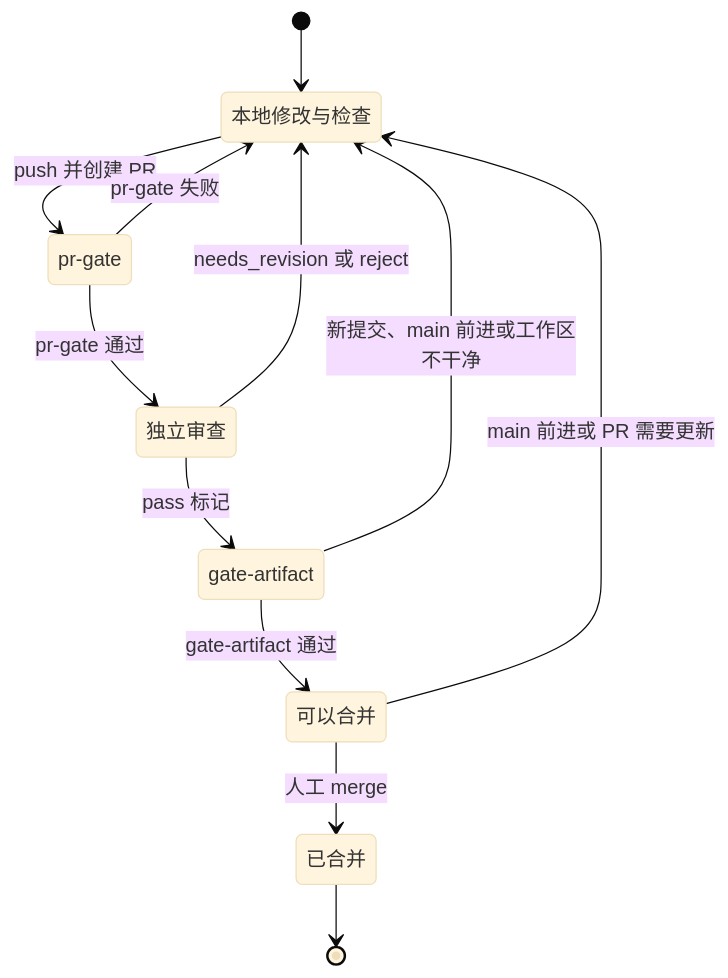
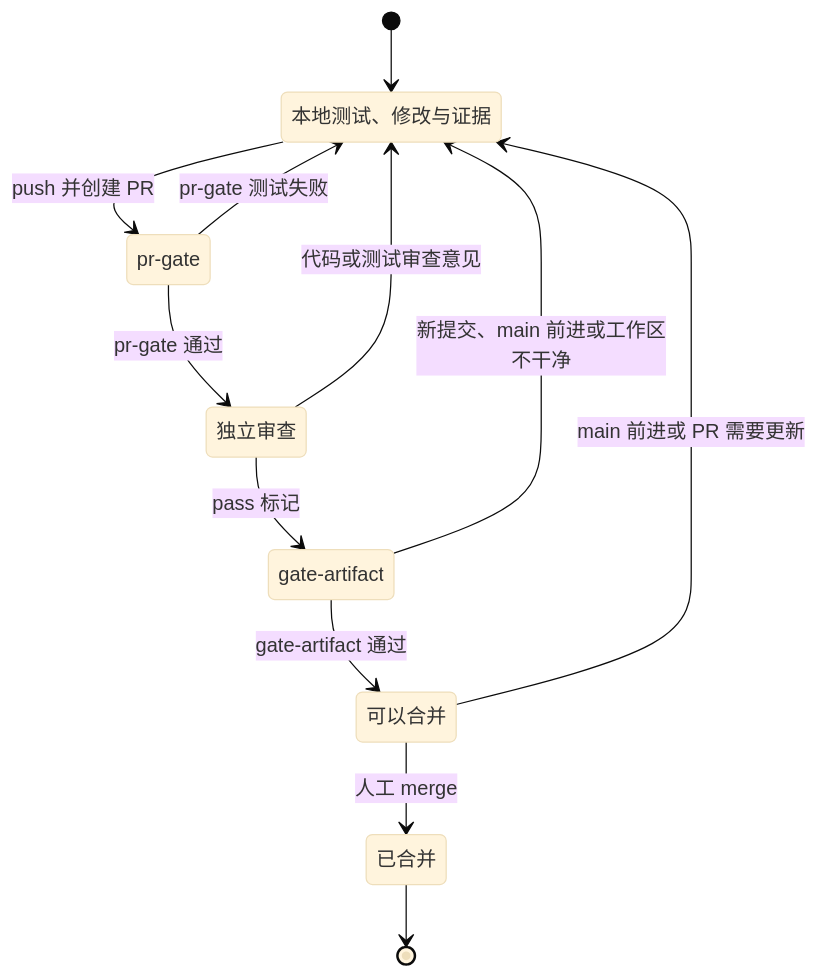
The fourth of 4 diagrams in docs/github-workflow.md (leigangzhang/dsh-cowork), drawn with Mermaid (base theme) before and after one commit. The commit also changed other lines of this file and 2 other files, not shown here.

````diff
--- a/docs/github-workflow.md
+++ b/docs/github-workflow.md
@@ -276,21 +395,21 @@
 ```mermaid
 stateDiagram-v2
-  state "本地修改与检查" as Local
+  state "本地测试、修改与证据" as Local
   state "pr-gate" as PRGate
   state "独立审查" as Review
   state "gate-artifact" as Gate
   state "可以合并" as Ready
   state "已合并" as Merged
 
   [*] --> Local
   Local --> PRGate: push 并创建 PR
-  PRGate --> Local: pr-gate 失败
+  PRGate --> Local: pr-gate 测试失败
   PRGate --> Review: pr-gate 通过
-  Review --> Local: needs_revision 或 reject
+  Review --> Local: 代码或测试审查意见
   Review --> Gate: pass 标记
   Gate --> Local: 新提交、main 前进或工作区不干净
   Gate --> Ready: gate-artifact 通过
   Ready --> Local: main 前进或 PR 需要更新
   Ready --> Merged: 人工 merge
   Merged --> [*]
 ```
````
